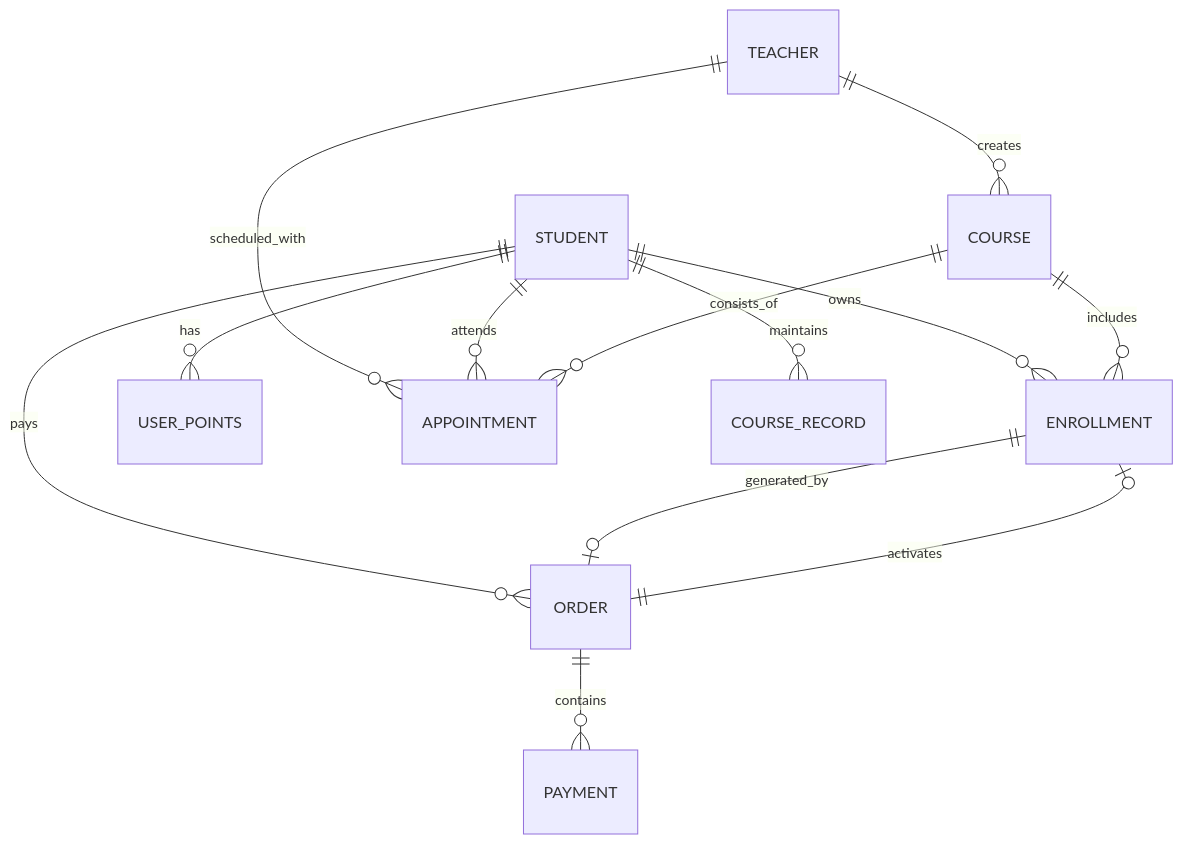
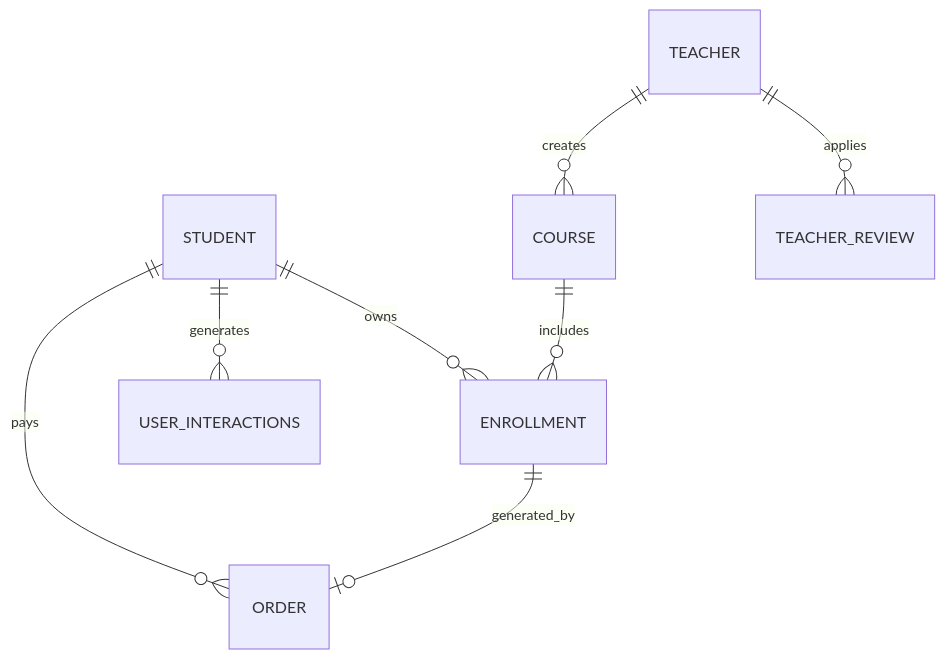
One commit to jvtutorcorner-sketch/jvtutorcorner-rwd changed the seventh of 7 diagrams in architecture_overview.md. Above: the diagram before and after it, drawn with Mermaid. The commit also changed other lines of this file and 23 other files, not shown here.

````diff
--- a/architecture_overview.md
+++ b/architecture_overview.md
@@ -139,15 +136,10 @@
 ```mermaid
 erDiagram
     STUDENT ||--o{ ENROLLMENT : owns
     STUDENT ||--o{ ORDER : pays
-    STUDENT ||--o{ USER_POINTS : has
+    STUDENT ||--o{ USER_INTERACTIONS : generates
     TEACHER ||--o{ COURSE : creates
+    TEACHER ||--o{ TEACHER_REVIEW : applies
     COURSE ||--o{ ENROLLMENT : includes
     ENROLLMENT ||--o| ORDER : generated_by
-    ORDER ||--o{ PAYMENT : contains
-    ORDER ||--o| ENROLLMENT : activates
-    TEACHER ||--o{ APPOINTMENT : scheduled_with
-    STUDENT ||--o{ APPOINTMENT : attends
-    COURSE ||--o{ APPOINTMENT : consists_of
-    STUDENT ||--o{ COURSE_RECORD : maintains
 ```
````
